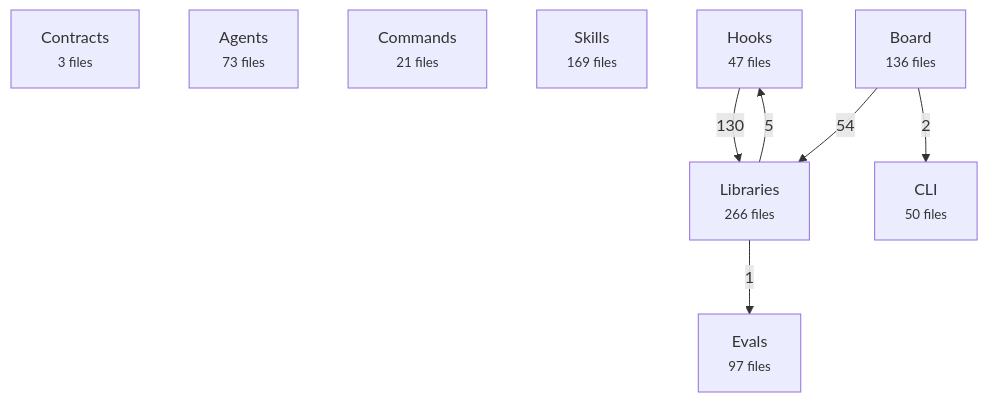
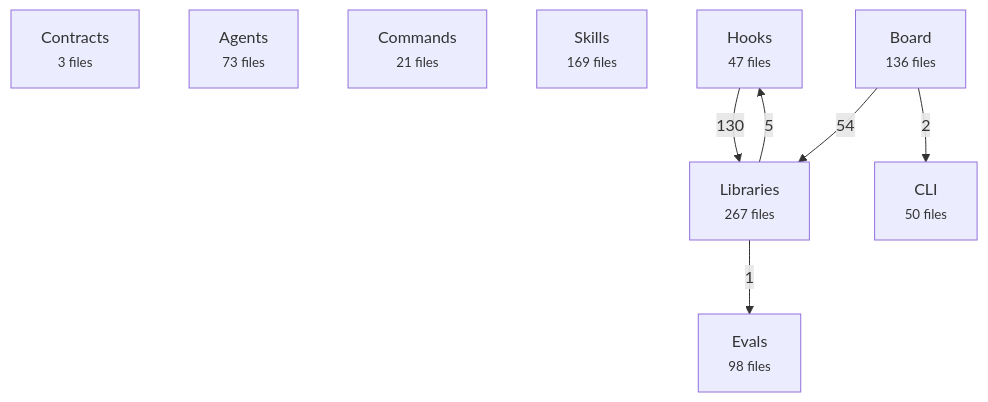
The first of 2 diagrams in docs/reference/architecture-map.md (avelikiy/great_cto), drawn with Mermaid before and after one commit. The commit also changed other lines of this file, not shown here.

First line of the commit message:
docs: regenerate architecture map for the review-catch eval

````diff
--- a/docs/reference/architecture-map.md
+++ b/docs/reference/architecture-map.md
@@ -20,17 +20,17 @@
 ```mermaid
 flowchart TD
   contracts["Contracts<br/><small>3 files</small>"]
   agents["Agents<br/><small>73 files</small>"]
   commands["Commands<br/><small>21 files</small>"]
   skills["Skills<br/><small>169 files</small>"]
   hooks["Hooks<br/><small>47 files</small>"]
-  libs["Libraries<br/><small>266 files</small>"]
+  libs["Libraries<br/><small>267 files</small>"]
   board["Board<br/><small>136 files</small>"]
   cli["CLI<br/><small>50 files</small>"]
-  evals["Evals<br/><small>97 files</small>"]
+  evals["Evals<br/><small>98 files</small>"]
   hooks -->|130| libs
   board -->|54| libs
   libs -->|5| hooks
   board -->|2| cli
   libs -->|1| evals
 ```
````
